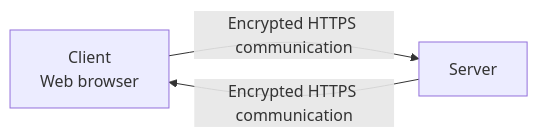
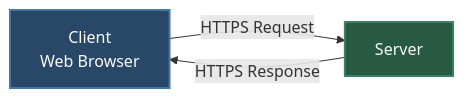
One commit to Rokiis1/Teaching-Materia changed the first of 4 diagrams in docs/en/web_fundamentals/web_security/1_level/1_level_web_security.md. Above: the diagram before and after it, drawn with Mermaid. The commit also changed other lines of this file and 15 other files, not shown here.

````diff
--- a/docs/en/web_fundamentals/web_security/1_level/1_level_web_security.md
+++ b/docs/en/web_fundamentals/web_security/1_level/1_level_web_security.md
@@ -24,5 +18,11 @@
 ```mermaid
 flowchart LR
-    C["Client<br/>Web browser"] -->|"Encrypted HTTPS communication"| S["Server"]
-    S -->|"Encrypted HTTPS communication"| C
+    C["Client<br/>Web Browser"]
+    S["Server"]
+
+    C -->|"HTTPS Request"| S
+    S -->|"HTTPS Response"| C
+
+    style C fill:#294766,stroke:#4676A3,color:#F9FAFB,stroke-width:2px
+    style S fill:#285943,stroke:#3D8062,color:#F9FAFB,stroke-width:2px
 ```
````
